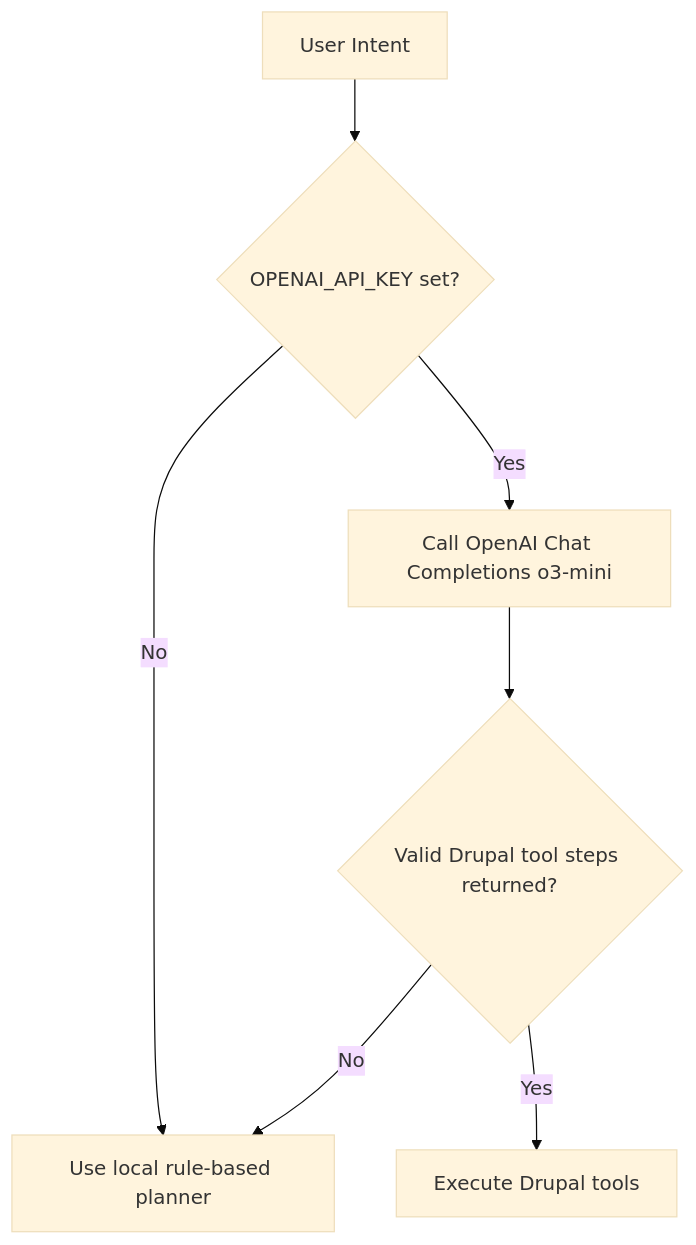
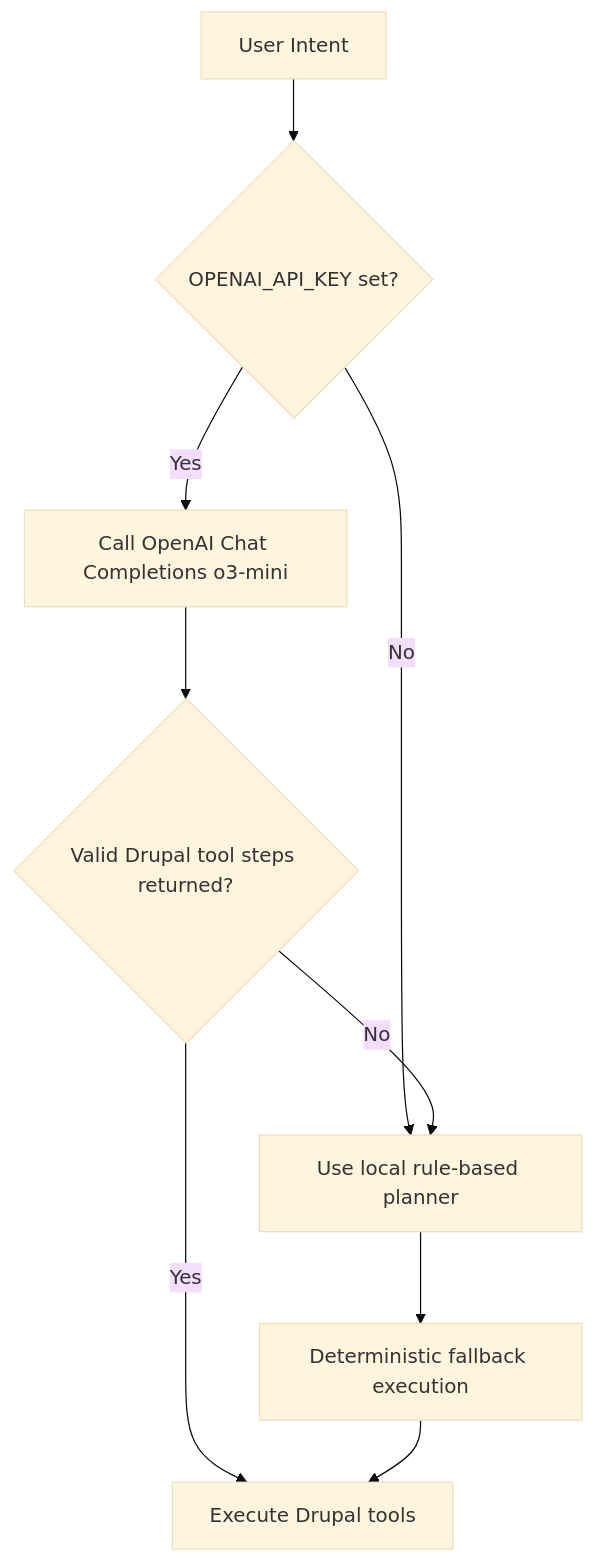
Before and after one commit to victorstack-ai/agent-blog: the diagram in blog/2026-02-18-0021-devlog.md, drawn with Mermaid (base theme). The commit also changed other lines of this file and 117 other files, not shown here.

````diff
--- a/blog/2026-02-18-0021-devlog.md
+++ b/blog/2026-02-18-0021-devlog.md
@@ -26,9 +41,11 @@
 ```mermaid
 flowchart TD
   A[User Intent] --> B{OPENAI_API_KEY set?}
-  B -- No --> C[Use local rule-based planner]
-  B -- Yes --> D[Call OpenAI Chat Completions o3-mini]
+  B -->|No| C[Use local rule-based planner]
+  B -->|Yes| D[Call OpenAI Chat Completions o3-mini]
   D --> E{Valid Drupal tool steps returned?}
-  E -- Yes --> F[Execute Drupal tools]
-  E -- No --> C
+  E -->|Yes| F[Execute Drupal tools]
+  E -->|No| C
+  C --> G[Deterministic fallback execution]
+  G --> F
 ```
````
